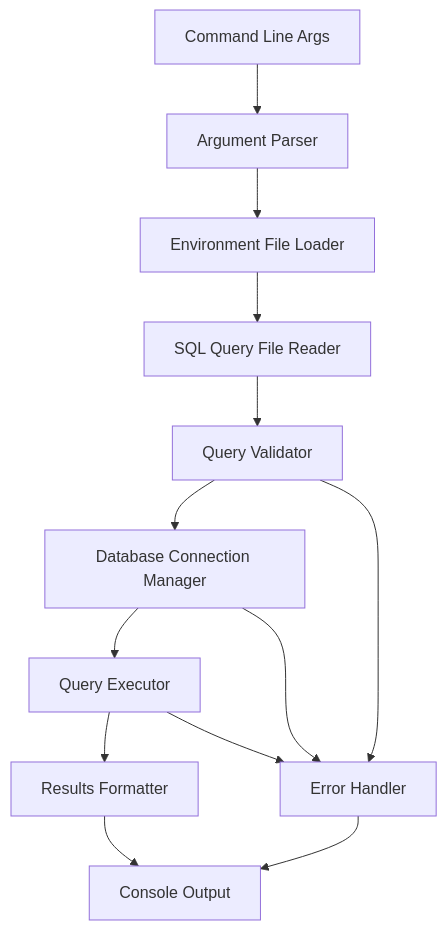
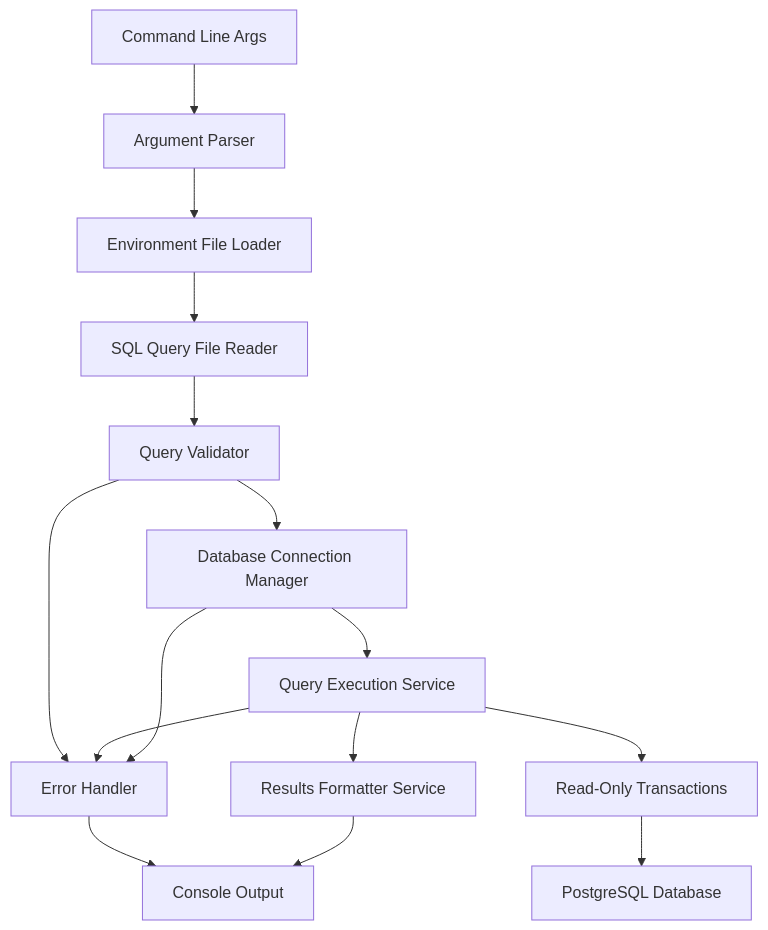
One commit to ianduquette/MultiQuery changed the diagram in MultiQuery-Implementation-Plan.md. Above: the diagram before and after it, drawn with Mermaid. The commit also changed other lines of this file and 5 other files, not shown here.

Commit message:
Looks good.  Ensured transactions are read only.

````diff
--- a/MultiQuery-Implementation-Plan.md
+++ b/MultiQuery-Implementation-Plan.md
@@ -8,16 +16,19 @@
 ```mermaid
 graph TD
     A[Command Line Args] --> B[Argument Parser]
     B --> C[Environment File Loader]
     C --> D[SQL Query File Reader]
     D --> E[Query Validator]
     E --> F[Database Connection Manager]
-    F --> G[Query Executor]
-    G --> H[Results Formatter]
+    F --> G[Query Execution Service]
+    G --> H[Results Formatter Service]
     H --> I[Console Output]
     
     J[Error Handler] --> I
     F --> J
     G --> J
     E --> J
+    
+    G --> K[Read-Only Transactions]
+    K --> L[PostgreSQL Database]
 ```
````
